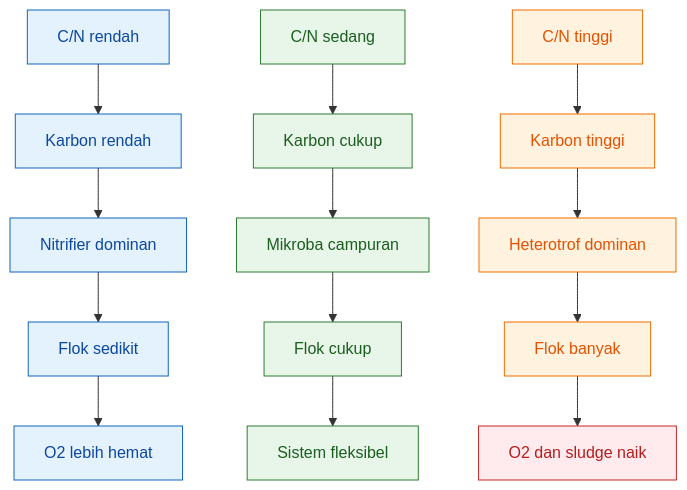
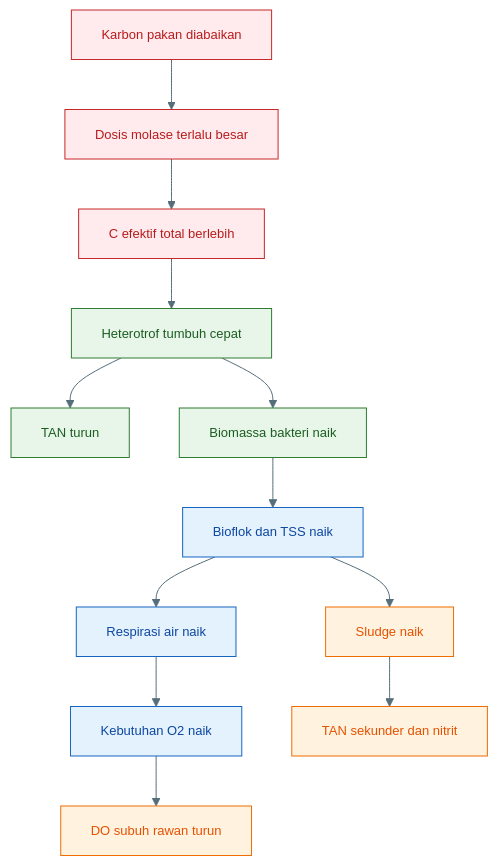
The second of 32 diagrams in content/blog/agri/perikanan/ratio-cn-rendah-biflok.mdx (slametsampon/kawruhnology), drawn with Mermaid before and after one commit. The commit also changed other lines of this file, not shown here.

Commit message:
upadte rasio c/n rendah

````diff
--- a/content/blog/agri/perikanan/ratio-cn-rendah-biflok.mdx
+++ b/content/blog/agri/perikanan/ratio-cn-rendah-biflok.mdx
@@ -408,27 +332,37 @@
-```mermaid
+```mermaid id="rantai-risiko-over-carbon"
+%%{init: {'theme':'base','themeVariables':{
+'primaryColor':'#E3F2FD',
+'primaryTextColor':'#0D47A1',
+'primaryBorderColor':'#1565C0',
+'secondaryColor':'#E8F5E9',
+'secondaryTextColor':'#1B5E20',
+'secondaryBorderColor':'#2E7D32',
+'tertiaryColor':'#FFF3E0',
+'tertiaryTextColor':'#E65100',
+'tertiaryBorderColor':'#EF6C00',
+'lineColor':'#546E7A',
+'fontSize':'13px'
+}}}%%
 flowchart TD
-    A["C/N rendah"] --> B["Karbon rendah"]
-    B --> C["Nitrifier dominan"]
-    C --> D["Flok sedikit"]
-    D --> E["O2 lebih hemat"]
+    A["Karbon pakan diabaikan"] --> B["Dosis molase terlalu besar"]
+    B --> C["C efektif total berlebih"]
+    C --> D["Heterotrof tumbuh cepat"]
+    D --> E["TAN turun"]
+    D --> F["Biomassa bakteri naik"]
+    F --> G["Bioflok dan TSS naik"]
+    G --> H["Respirasi air naik"]
+    H --> I["Kebutuhan O2 naik"]
+    I --> J["DO subuh rawan turun"]
+    G --> K["Sludge naik"]
+    K --> L["TAN sekunder dan nitrit"]
 
-    F["C/N sedang"] --> G["Karbon cukup"]
-    G --> H["Mikroba campuran"]
-    H --> I["Flok cukup"]
-    I --> J["Sistem fleksibel"]
+    classDef salah fill:#FFEBEE,stroke:#C62828,color:#B71C1C;
+    classDef proses fill:#E3F2FD,stroke:#1565C0,color:#0D47A1;
+    classDef mikroba fill:#E8F5E9,stroke:#2E7D32,color:#1B5E20;
+    classDef risiko fill:#FFF3E0,stroke:#EF6C00,color:#E65100;
 
-    K["C/N tinggi"] --> L["Karbon tinggi"]
-    L --> M["Heterotrof dominan"]
-    M --> N["Flok banyak"]
-    N --> O["O2 dan sludge naik"]
-
-    classDef low fill:#e3f2fd,stroke:#1565c0,color:#0d47a1;
-    classDef mid fill:#e8f5e9,stroke:#2e7d32,color:#1b5e20;
-    classDef high fill:#fff3e0,stroke:#ef6c00,color:#e65100;
-    classDef risk fill:#ffebee,stroke:#c62828,color:#b71c1c;
-
-    class A,B,C,D,E low;
-    class F,G,H,I,J mid;
-    class K,L,M,N high;
-    class O risk;
+    class A,B,C salah;
+    class D,E,F mikroba;
+    class G,H,I proses;
+    class J,K,L risiko;
 ```
````
